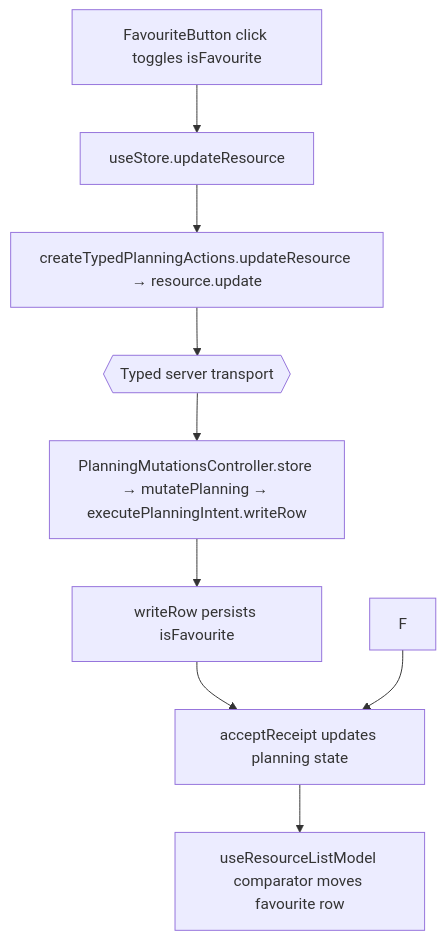
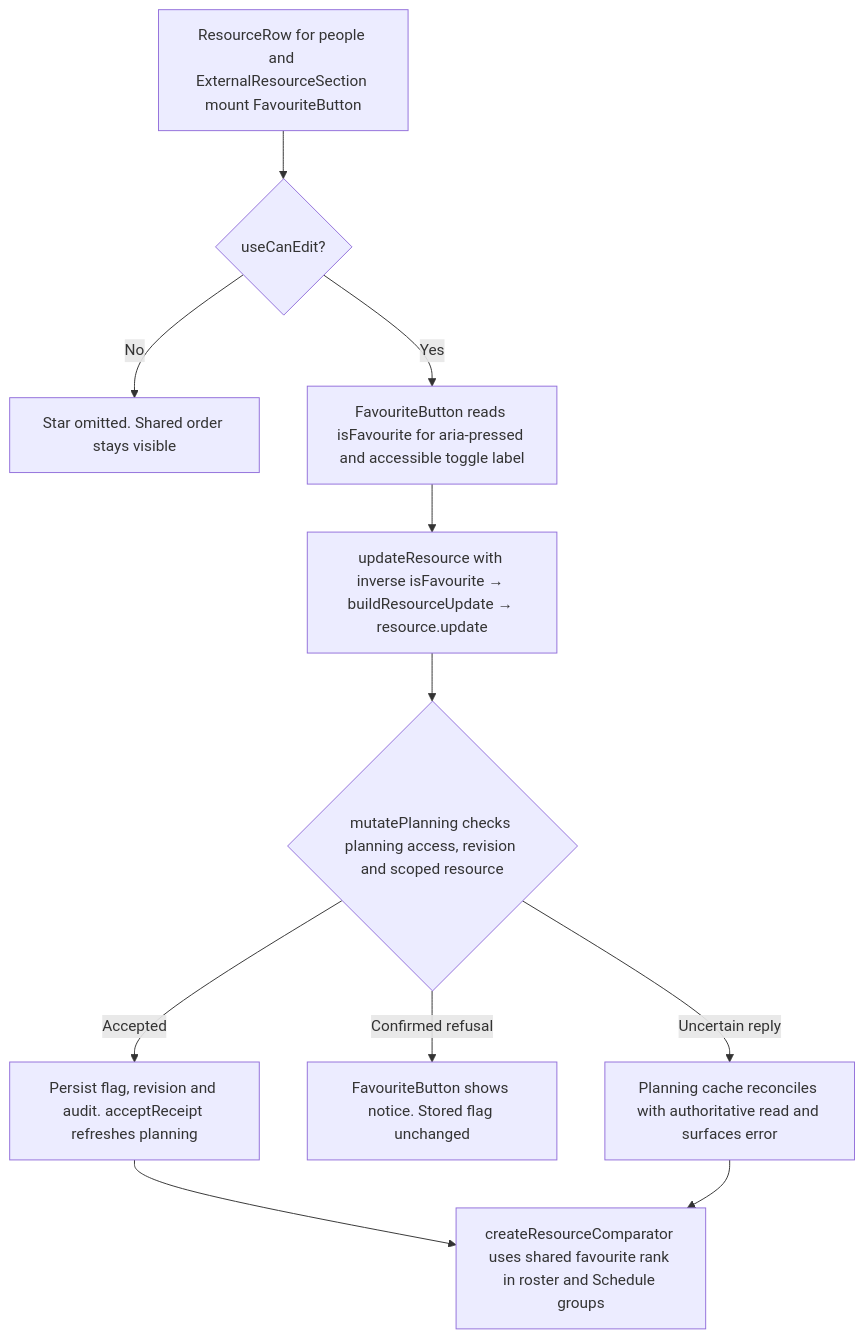
Before and after one commit to Kevinjohn/capacitylens: the second of 2 diagrams in user-stories/resources/US-RES-14-favourite-resource.md, drawn with Mermaid. The commit also changed other lines of this file and 172 other files, not shown here.

Commit message:
docs: reconcile user story code flows with source

````diff
--- a/user-stories/resources/US-RES-14-favourite-resource.md
+++ b/user-stories/resources/US-RES-14-favourite-resource.md
@@ -27,9 +27,13 @@
 ```mermaid
 flowchart TD
-  A["FavouriteButton click toggles isFavourite"] --> B["useStore.updateResource"] --> C["createTypedPlanningActions.updateResource → resource.update"]
-  C --> D{{"Typed server transport"}}
-  D --> E["PlanningMutationsController.store → mutatePlanning → executePlanningIntent.writeRow"] --> E2["writeRow persists isFavourite"]
-  E2 --> G["acceptReceipt updates planning state"]
-  F --> G
-  G --> H["useResourceListModel comparator moves favourite row"]
+  ROSTER["ResourceRow for people and ExternalResourceSection mount FavouriteButton"] --> AUTH{"useCanEdit?"}
+  AUTH -->|No| READ["Star omitted. Shared order stays visible"]
+  AUTH -->|Yes| BTN["FavouriteButton reads isFavourite for aria-pressed and accessible toggle label"]
+  BTN --> SEND["updateResource with inverse isFavourite → buildResourceUpdate → resource.update"]
+  SEND --> SERVER{"mutatePlanning checks planning access, revision and scoped resource"}
+  SERVER -->|Accepted| COMMIT["Persist flag, revision and audit. acceptReceipt refreshes planning"]
+  SERVER -->|Confirmed refusal| ERROR["FavouriteButton shows notice. Stored flag unchanged"]
+  SERVER -->|Uncertain reply| RELOAD["Planning cache reconciles with authoritative read and surfaces error"]
+  COMMIT --> ORDER["createResourceComparator uses shared favourite rank in roster and Schedule groups"]
+  RELOAD --> ORDER
 ```
````
